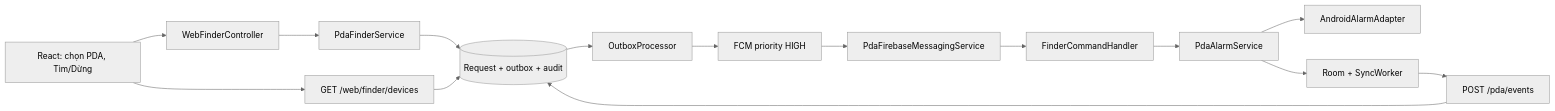
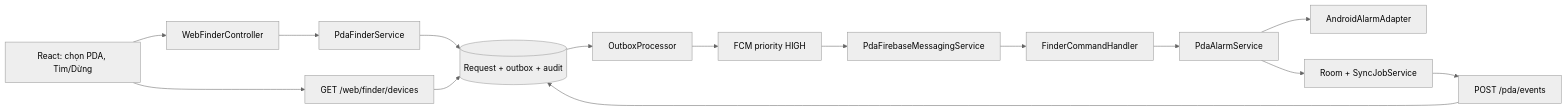
The diagram in docs/14-device-finder-flow.md (ThienDuc1112/spa_device), drawn with Mermaid (neutral theme) before and after one commit. The commit also changed other lines of this file and 84 other files, not shown here.

Commit message:
Refactor PDA API calls and session authentication; convert schema scripts to Oracle

````diff
--- a/docs/14-device-finder-flow.md
+++ b/docs/14-device-finder-flow.md
@@ -7,17 +7,17 @@
 ```mermaid
 flowchart LR
   Web[React: chọn PDA, Tìm/Dừng] --> API[WebFinderController]
   API --> Service[PdaFinderService]
   Service --> DB[(Request + outbox + audit)]
   DB --> Worker[OutboxProcessor]
   Worker --> FCM[FCM priority HIGH]
   FCM --> Receiver[PdaFirebaseMessagingService]
   Receiver --> Handler[FinderCommandHandler]
   Handler --> Alarm[PdaAlarmService]
   Alarm --> Audio[AndroidAlarmAdapter]
-  Alarm --> Sync[Room + SyncWorker]
+  Alarm --> Sync[Room + SyncJobService]
   Sync --> Events[POST /pda/events]
   Events --> DB
   Web --> List[GET /web/finder/devices]
   List --> DB
 ```
````
